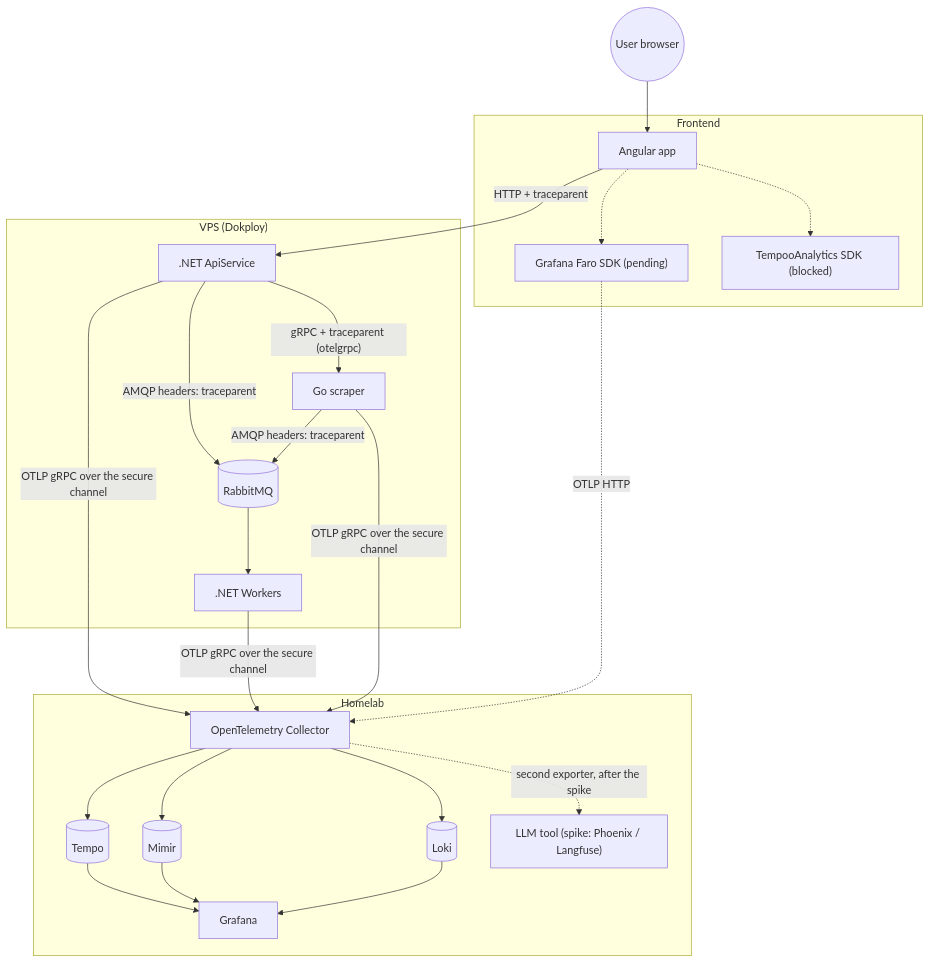
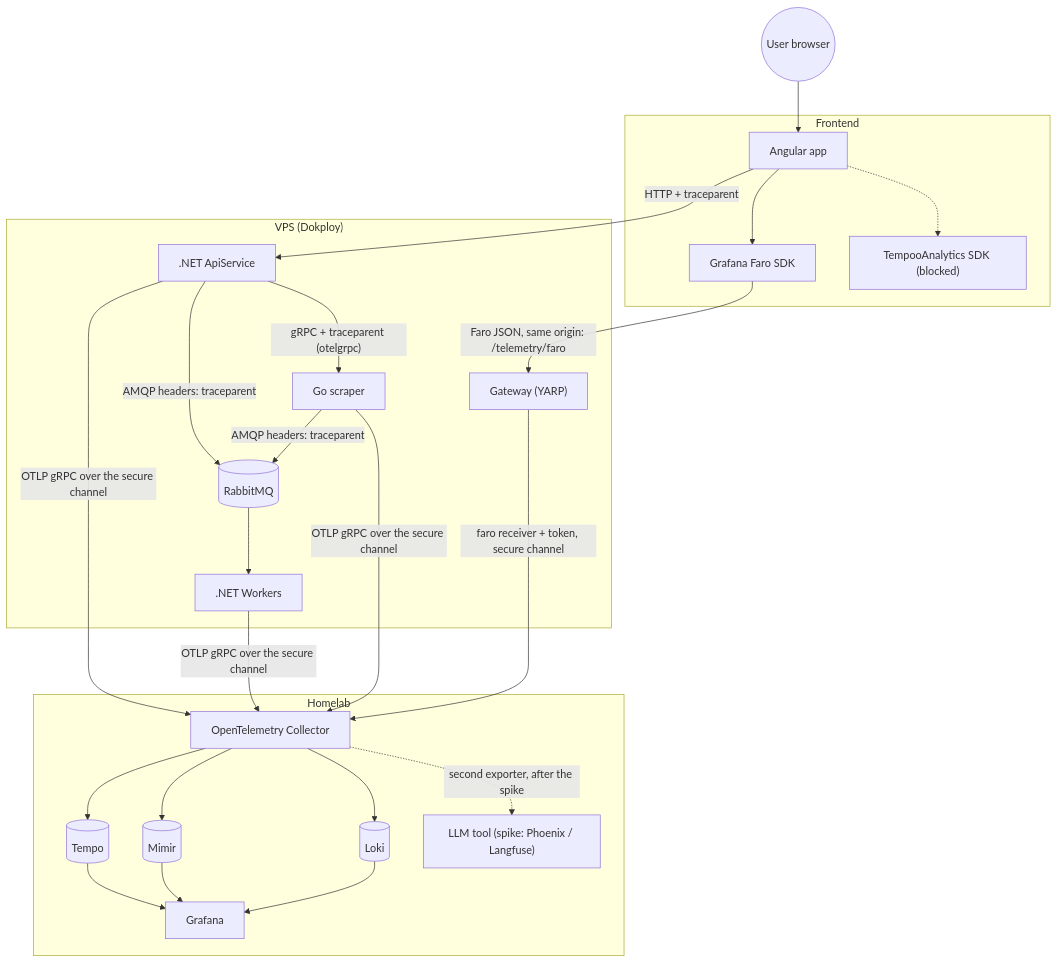
The diagram in docs/observability-architecture.md (TempooDev/asistente-ayuntamiento), drawn with Mermaid before and after one commit. The commit also changed other lines of this file and 1 other file, not shown here.

First line of the commit message:
feat(angular): Grafana Faro for errors, views, web vitals and traces

````diff
--- a/docs/observability-architecture.md
+++ b/docs/observability-architecture.md
@@ -5,45 +5,47 @@
 ```mermaid
 flowchart TD
     User(("User browser"))
 
     subgraph Frontend
         AngularApp["Angular app"]
-        FaroSDK["Grafana Faro SDK (pending)"]
+        FaroSDK["Grafana Faro SDK"]
         TempooSDK["TempooAnalytics SDK (blocked)"]
     end
 
     subgraph VPS["VPS (Dokploy)"]
+        Gateway["Gateway (YARP)"]
         API[".NET ApiService"]
         Worker[".NET Workers"]
         Scraper["Go scraper"]
         RabbitMQ[("RabbitMQ")]
     end
 
     subgraph Homelab
         OTelCollector["OpenTelemetry Collector"]
         Loki[("Loki")]
         Tempo[("Tempo")]
         Mimir[("Mimir")]
         GrafanaUI["Grafana"]
         LlmTool["LLM tool (spike: Phoenix / Langfuse)"]
     end
 
     User --> AngularApp
-    AngularApp -.-> FaroSDK
+    AngularApp --> FaroSDK
     AngularApp -.-> TempooSDK
     AngularApp -->|"HTTP + traceparent"| API
 
     API -->|"gRPC + traceparent (otelgrpc)"| Scraper
     API -->|"AMQP headers: traceparent"| RabbitMQ
     Scraper -->|"AMQP headers: traceparent"| RabbitMQ
     RabbitMQ --> Worker
 
     API & Worker & Scraper -->|"OTLP gRPC over the secure channel"| OTelCollector
-    FaroSDK -.->|"OTLP HTTP"| OTelCollector
+    FaroSDK -->|"Faro JSON, same origin: /telemetry/faro"| Gateway
+    Gateway -->|"faro receiver + token, secure channel"| OTelCollector
 
     OTelCollector --> Tempo
     OTelCollector --> Mimir
     OTelCollector --> Loki
     OTelCollector -.->|"second exporter, after the spike"| LlmTool
     Tempo & Mimir & Loki --> GrafanaUI
 ```
````
